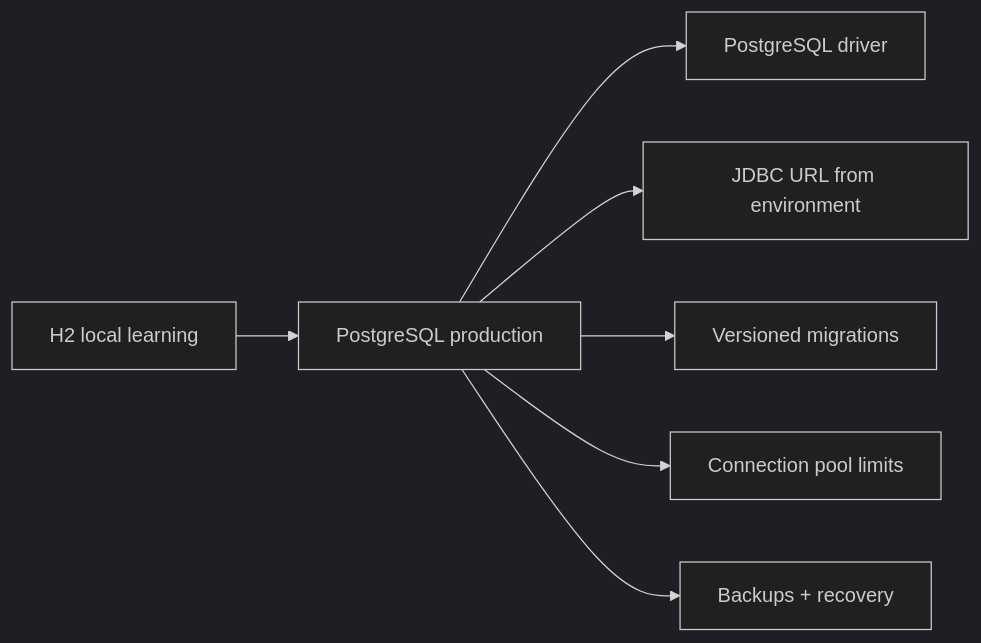
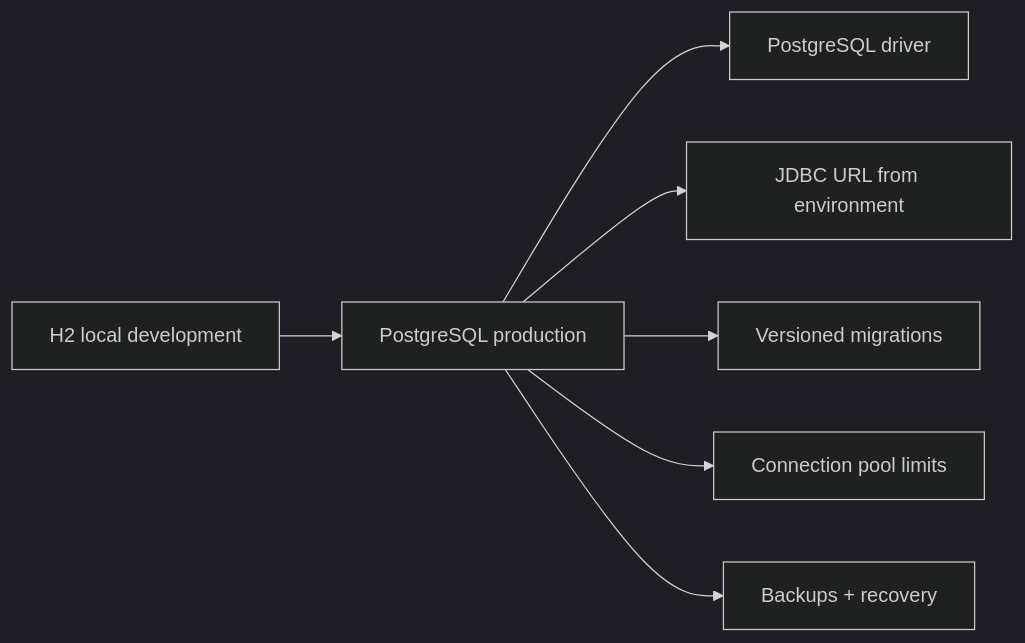
One commit to SidheshwarSarangal/spring-boot-project-blueprint changed the tenth of 10 diagrams in docs/05-database-and-jpa.md. Above: the diagram before and after it, drawn with Mermaid (dark theme). The commit also changed other lines of this file and 17 other files, not shown here.

````diff
--- a/docs/05-database-and-jpa.md
+++ b/docs/05-database-and-jpa.md
@@ -142,9 +142,9 @@
 ```mermaid
 flowchart LR
-    H2["H2 local learning"] --> PG["PostgreSQL production"]
+    H2["H2 local development"] --> PG["PostgreSQL production"]
     PG --> Driver["PostgreSQL driver"]
     PG --> URL["JDBC URL from environment"]
     PG --> Migrate["Versioned migrations"]
     PG --> Pool["Connection pool limits"]
     PG --> Backup["Backups + recovery"]
 ```
````
